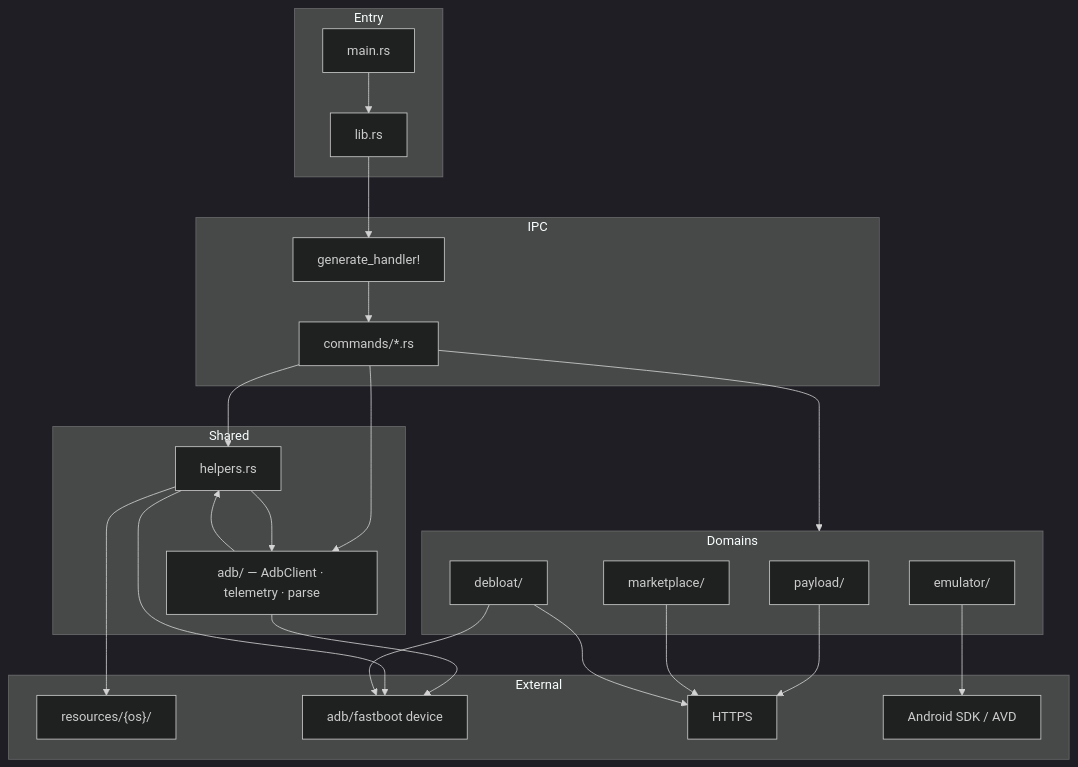
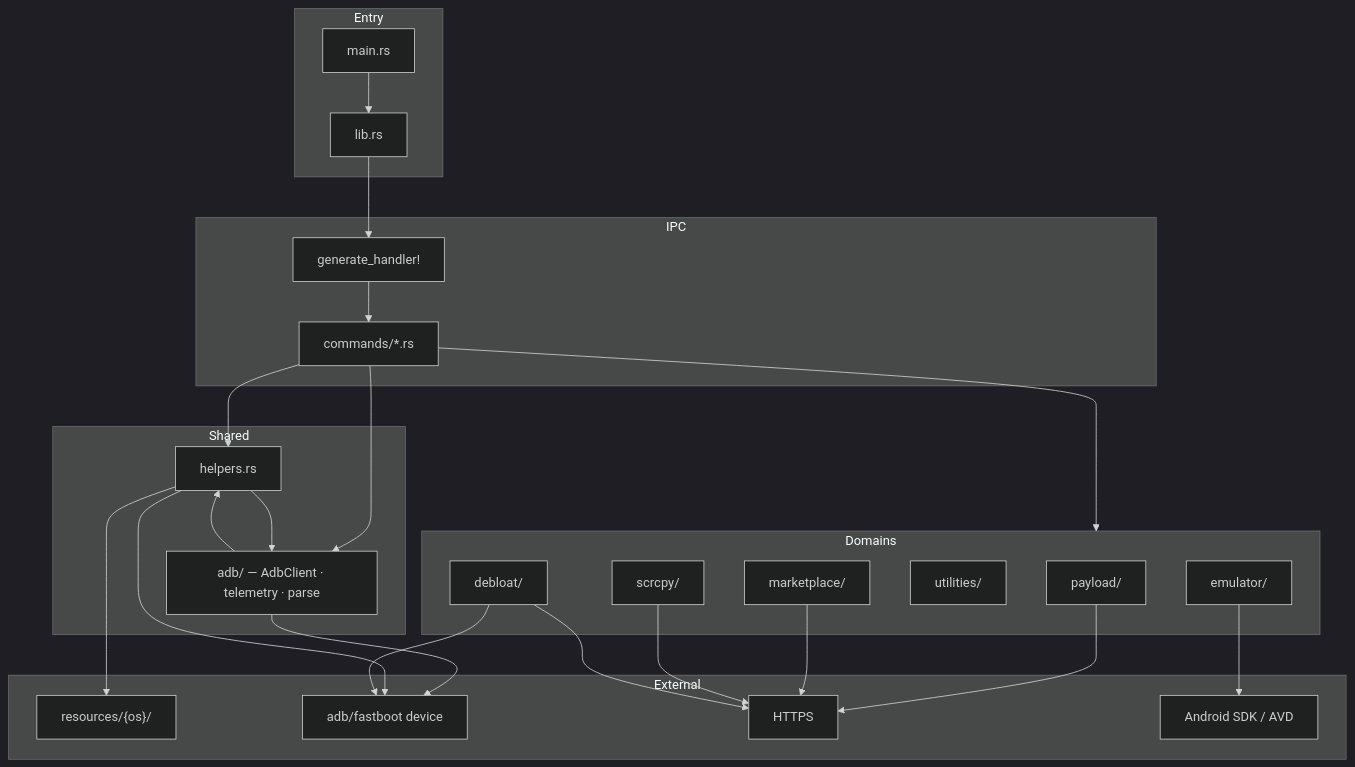
One commit to mohdakil2426/adb-gui-next changed the fifth of 8 diagrams in docs/architecture.md. Above: the diagram before and after it, drawn with Mermaid (dark theme). The commit also changed other lines of this file and 79 other files, not shown here.

First line of the commit message:
feat: ship scrcpy host, utilities, marketplace browse and file text open

````diff
--- a/docs/architecture.md
+++ b/docs/architecture.md
@@ -488,48 +490,51 @@
 ```mermaid
 flowchart TB
   subgraph entry["Entry"]
     main["main.rs"]
     lib["lib.rs"]
     main --> lib
   end
 
   subgraph ipc["IPC"]
     handler["generate_handler!"]
     cmds["commands/*.rs"]
     handler --> cmds
   end
 
   subgraph shared["Shared"]
     helpers["helpers.rs"]
     adbmod["adb/ — AdbClient · telemetry · parse"]
   end
 
   subgraph domains["Domains"]
     payload["payload/"]
     market["marketplace/"]
+    scrcpy["scrcpy/"]
+    utilities["utilities/"]
     emu["emulator/"]
     deb["debloat/"]
   end
 
   subgraph ext["External"]
     res["resources/{os}/"]
     device["adb/fastboot device"]
     net["HTTPS"]
     sdk["Android SDK / AVD"]
   end
 
   lib --> handler
   cmds --> helpers
   cmds --> adbmod
   cmds --> domains
   helpers --> adbmod
   adbmod --> helpers
   helpers --> res
   adbmod --> device
   helpers --> device
   payload --> net
   market --> net
+  scrcpy --> net
   emu --> sdk
   deb --> device
   deb --> net
 ```
````
